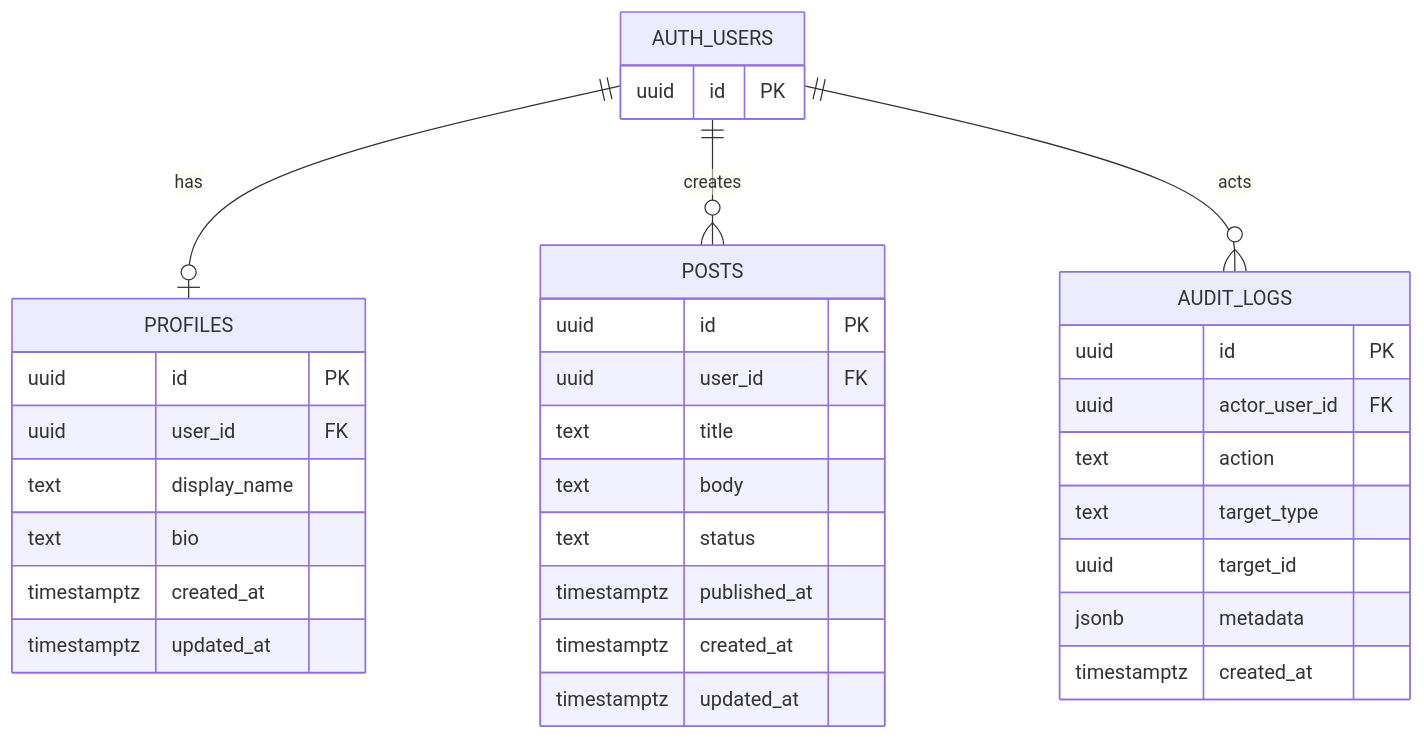
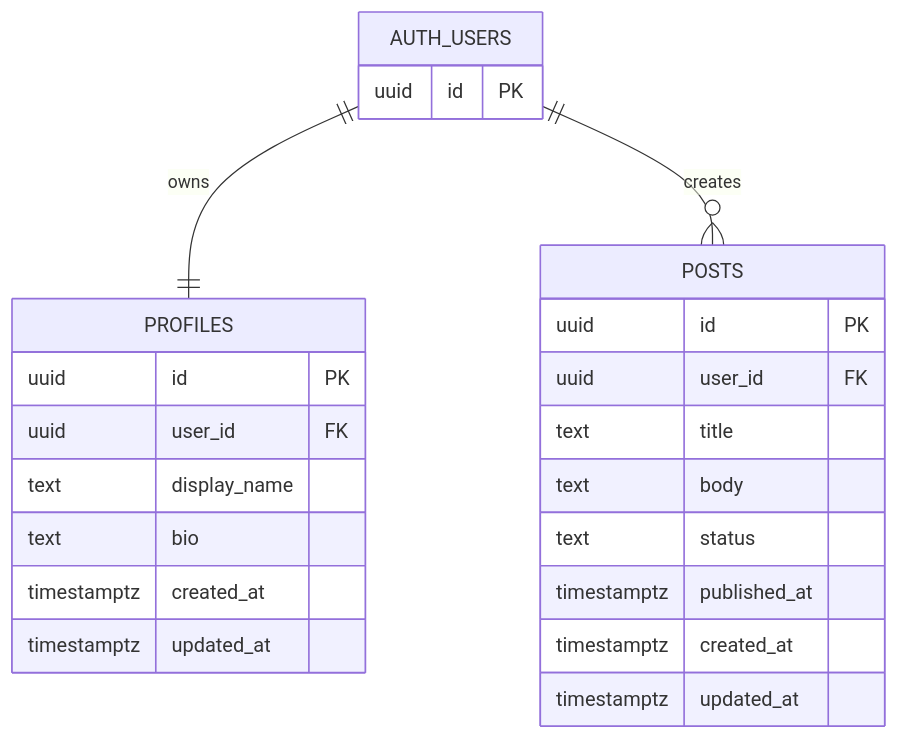
Before and after one commit to nantomoo/todoapp-codex: the diagram in docs/er-diagram-mermaid.md, drawn with Mermaid. The commit also changed other lines of this file and 7 other files, not shown here.

````diff
--- a/docs/er-diagram-mermaid.md
+++ b/docs/er-diagram-mermaid.md
@@ -3,40 +3,29 @@
 ```mermaid
 erDiagram
-    AUTH_USERS ||--o| PROFILES : has
+    AUTH_USERS ||--|| PROFILES : owns
     AUTH_USERS ||--o{ POSTS : creates
-    AUTH_USERS ||--o{ AUDIT_LOGS : acts
 
     AUTH_USERS {
         uuid id PK
     }
 
     PROFILES {
         uuid id PK
         uuid user_id FK
         text display_name
         text bio
         timestamptz created_at
         timestamptz updated_at
     }
 
     POSTS {
         uuid id PK
         uuid user_id FK
         text title
         text body
         text status
         timestamptz published_at
         timestamptz created_at
         timestamptz updated_at
     }
-
-    AUDIT_LOGS {
-        uuid id PK
-        uuid actor_user_id FK
-        text action
-        text target_type
-        uuid target_id
-        jsonb metadata
-        timestamptz created_at
-    }
 ```
````
